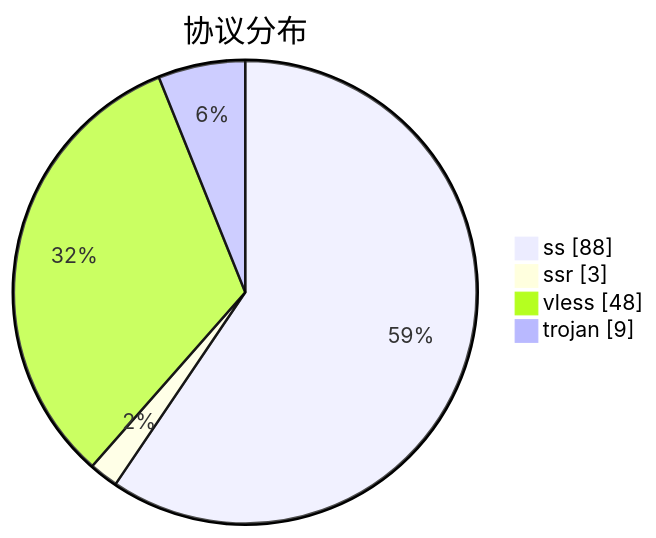
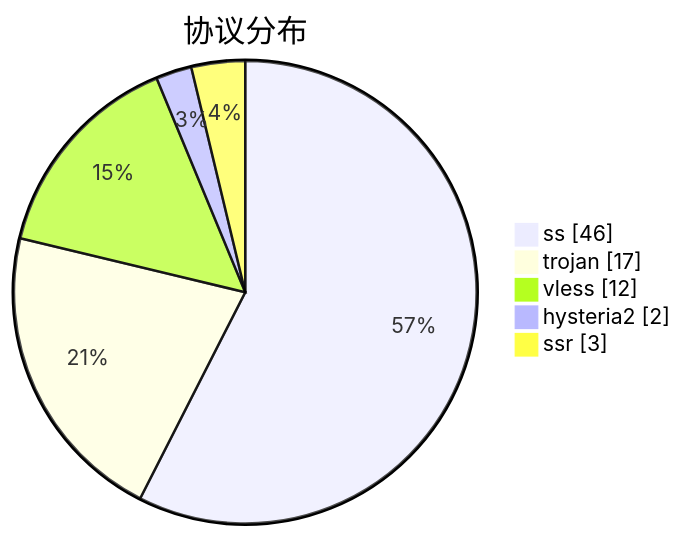
The third of 3 diagrams in subs/statistics/tested_within.md (qjlxg/airport), drawn with Mermaid before and after one commit. The commit also changed other lines of this file and 2 other files, not shown here.

````diff
--- a/subs/statistics/tested_within.md
+++ b/subs/statistics/tested_within.md
@@ -27,8 +28,9 @@
 ```mermaid
 pie showData
 title 协议分布
-"ss" : 88
+"ss" : 46
+"trojan" : 17
+"vless" : 12
+"hysteria2" : 2
 "ssr" : 3
-"vless" : 48
-"trojan" : 9
 ```
````
